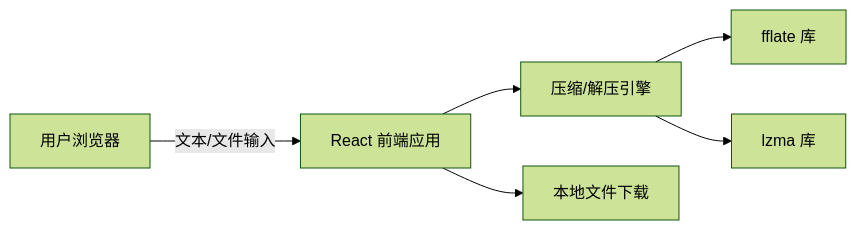
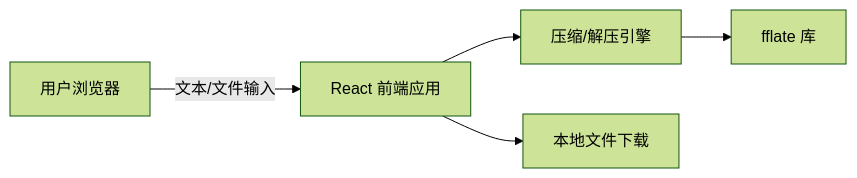
One commit to dr7dn2mq64-tech/free-compression changed the diagram in .trae/documents/Technical-Architecture.md. Above: the diagram before and after it, drawn with Mermaid (forest theme). The commit also changed other lines of this file and 29 other files, not shown here.

````diff
--- a/.trae/documents/Technical-Architecture.md
+++ b/.trae/documents/Technical-Architecture.md
@@ -5,8 +5,7 @@
 ```mermaid
 graph LR
     A["用户浏览器"] -->|文本/文件输入| B["React 前端应用"]
     B --> C["压缩/解压引擎"]
     C --> D["fflate 库"]
-    C --> E["lzma 库"]
-    B --> F["本地文件下载"]
+    B --> E["本地文件下载"]
 ```
````
